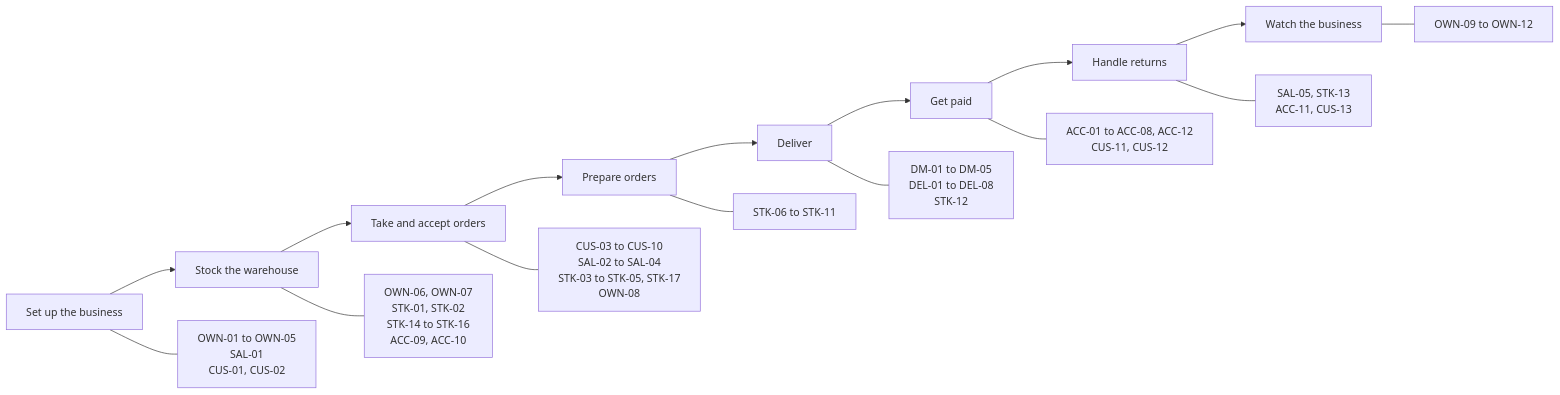
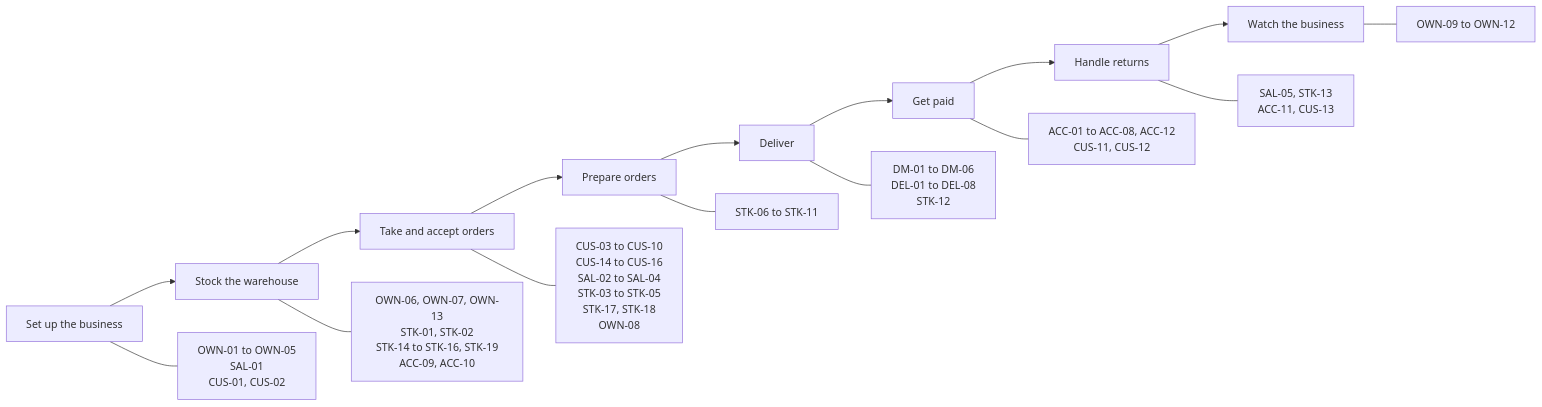
One commit to AhmedElnagarUU/Cosmo changed the diagram in docs/user-stories/README.md. Above: the diagram before and after it, drawn with Mermaid. The commit also changed other lines of this file and 28 other files, not shown here.

````diff
--- a/docs/user-stories/README.md
+++ b/docs/user-stories/README.md
@@ -48,19 +50,19 @@
 ```mermaid
 flowchart LR
     S1[Set up the business] --> S2[Stock the warehouse]
     S2 --> S3[Take and accept orders]
     S3 --> S4[Prepare orders]
     S4 --> S5[Deliver]
     S5 --> S6[Get paid]
     S6 --> S7[Handle returns]
     S7 --> S8[Watch the business]
 
     S1 --- T1[OWN-01 to OWN-05<br/>SAL-01<br/>CUS-01, CUS-02]
-    S2 --- T2[OWN-06, OWN-07<br/>STK-01, STK-02<br/>STK-14 to STK-16<br/>ACC-09, ACC-10]
-    S3 --- T3[CUS-03 to CUS-10<br/>SAL-02 to SAL-04<br/>STK-03 to STK-05, STK-17<br/>OWN-08]
+    S2 --- T2[OWN-06, OWN-07, OWN-13<br/>STK-01, STK-02<br/>STK-14 to STK-16, STK-19<br/>ACC-09, ACC-10]
+    S3 --- T3[CUS-03 to CUS-10<br/>CUS-14 to CUS-16<br/>SAL-02 to SAL-04<br/>STK-03 to STK-05<br/>STK-17, STK-18<br/>OWN-08]
     S4 --- T4[STK-06 to STK-11]
-    S5 --- T5[DM-01 to DM-05<br/>DEL-01 to DEL-08<br/>STK-12]
+    S5 --- T5[DM-01 to DM-06<br/>DEL-01 to DEL-08<br/>STK-12]
     S6 --- T6[ACC-01 to ACC-08, ACC-12<br/>CUS-11, CUS-12]
     S7 --- T7[SAL-05, STK-13<br/>ACC-11, CUS-13]
     S8 --- T8[OWN-09 to OWN-12]
 ```
````
